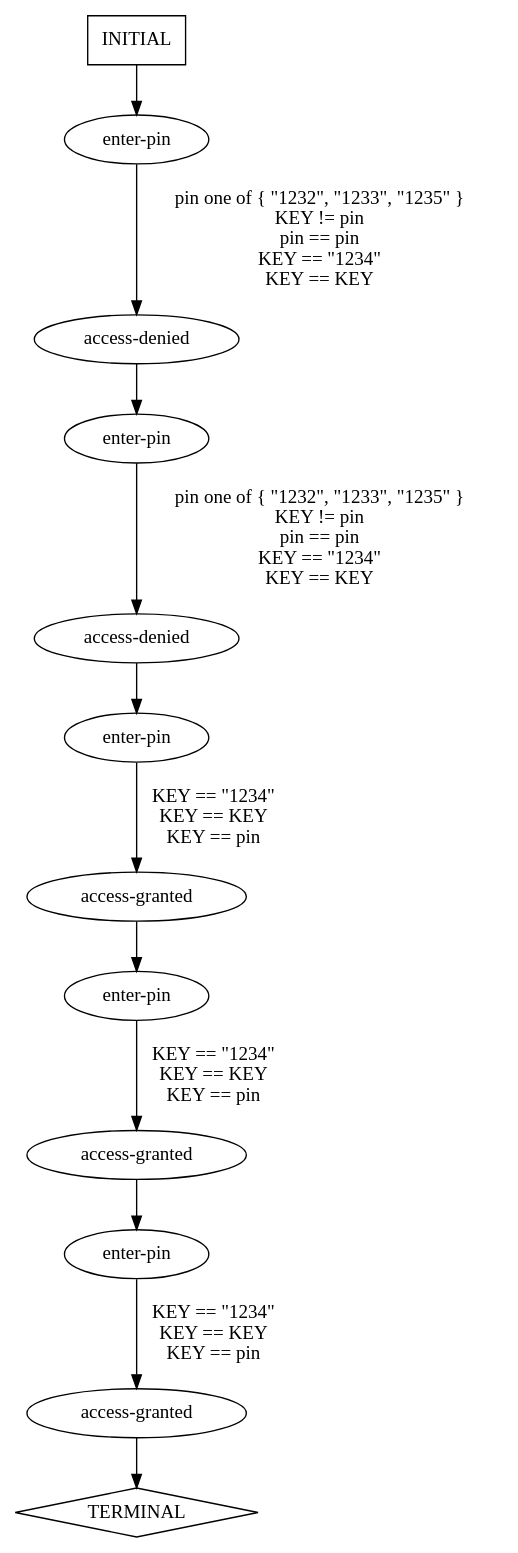
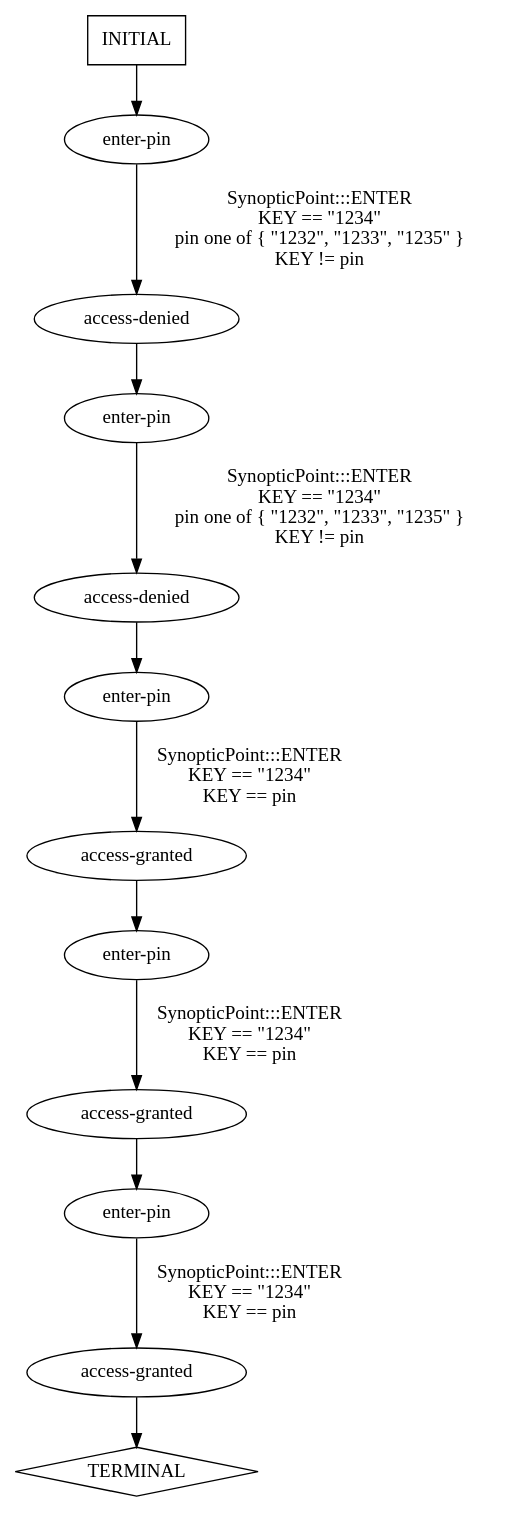
Before and after one commit to ModelInference/synoptic: the diagram in traces/abstract/verify-pin/predicted-paths/verify-pin-test4.dot, drawn with Graphviz. The commit also changed 73 other files, not shown here.

```diff
--- a/traces/abstract/verify-pin/predicted-paths/verify-pin-test4.dot
+++ b/traces/abstract/verify-pin/predicted-paths/verify-pin-test4.dot
@@ -1,25 +1,25 @@
 digraph {
   0 [label="access-denied"];
   1 [label="access-denied"];
   2 [label="access-granted"];
   3 [label="access-granted"];
   4 [label="access-granted"];
   5 [label="enter-pin"];
   6 [label="enter-pin"];
   7 [label="enter-pin"];
   8 [label="enter-pin"];
   9 [label="enter-pin"];
   10 [label="TERMINAL",shape=diamond];
   11 [label="INITIAL",shape=box];
 0->6 [label="",];
 1->7 [label="",];
 2->8 [label="",];
 3->9 [label="",];
 4->10 [label="",];
-5->0 [label="pin one of { \"1232\", \"1233\", \"1235\" }\nKEY != pin\npin == pin\nKEY == \"1234\"\nKEY == KEY",];
-6->1 [label="pin one of { \"1232\", \"1233\", \"1235\" }\nKEY != pin\npin == pin\nKEY == \"1234\"\nKEY == KEY",];
-7->2 [label="KEY == \"1234\"\nKEY == KEY\nKEY == pin",];
-8->3 [label="KEY == \"1234\"\nKEY == KEY\nKEY == pin",];
-9->4 [label="KEY == \"1234\"\nKEY == KEY\nKEY == pin",];
+5->0 [label="SynopticPoint:::ENTER\nKEY == \"1234\"\npin one of { \"1232\", \"1233\", \"1235\" }\nKEY != pin\n",];
+6->1 [label="SynopticPoint:::ENTER\nKEY == \"1234\"\npin one of { \"1232\", \"1233\", \"1235\" }\nKEY != pin\n",];
+7->2 [label="SynopticPoint:::ENTER\nKEY == \"1234\"\nKEY == pin\n",];
+8->3 [label="SynopticPoint:::ENTER\nKEY == \"1234\"\nKEY == pin\n",];
+9->4 [label="SynopticPoint:::ENTER\nKEY == \"1234\"\nKEY == pin\n",];
 11->5 [label="",];
 } // digraph {
```
